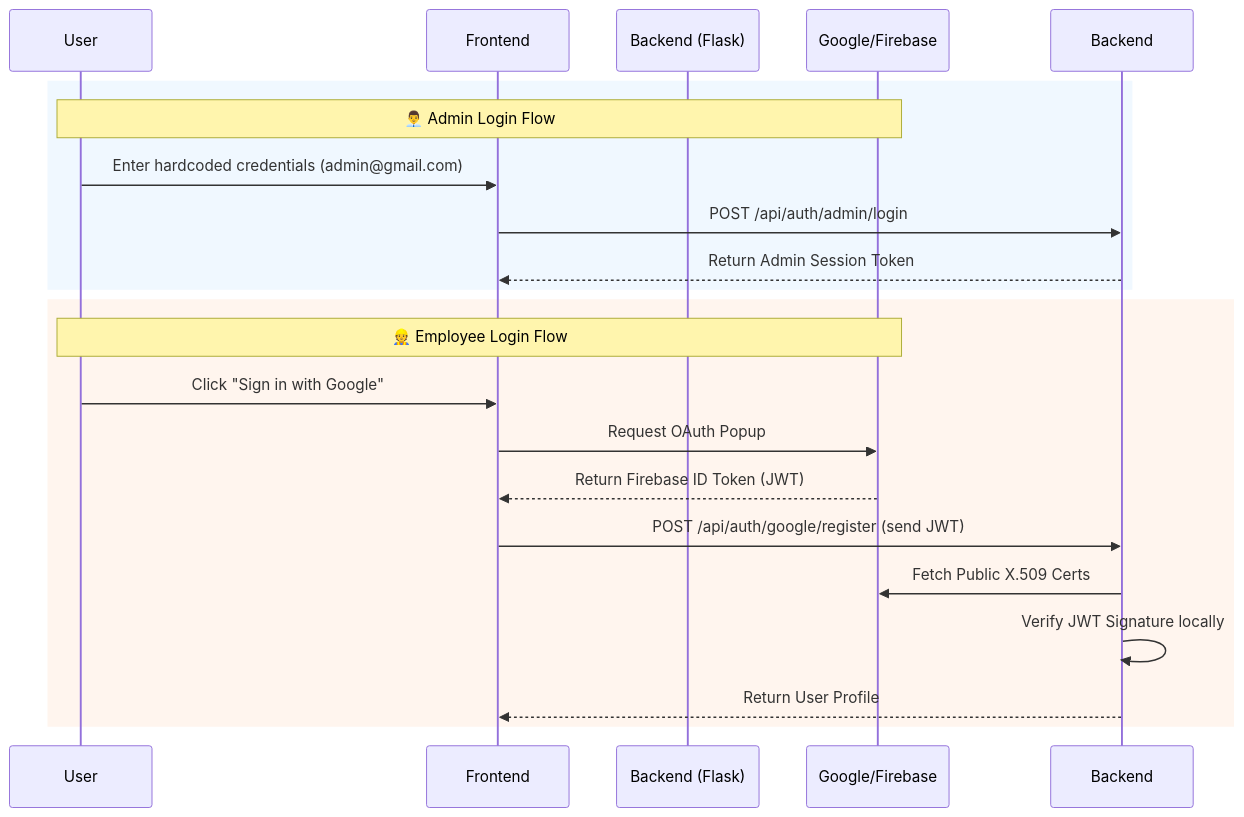
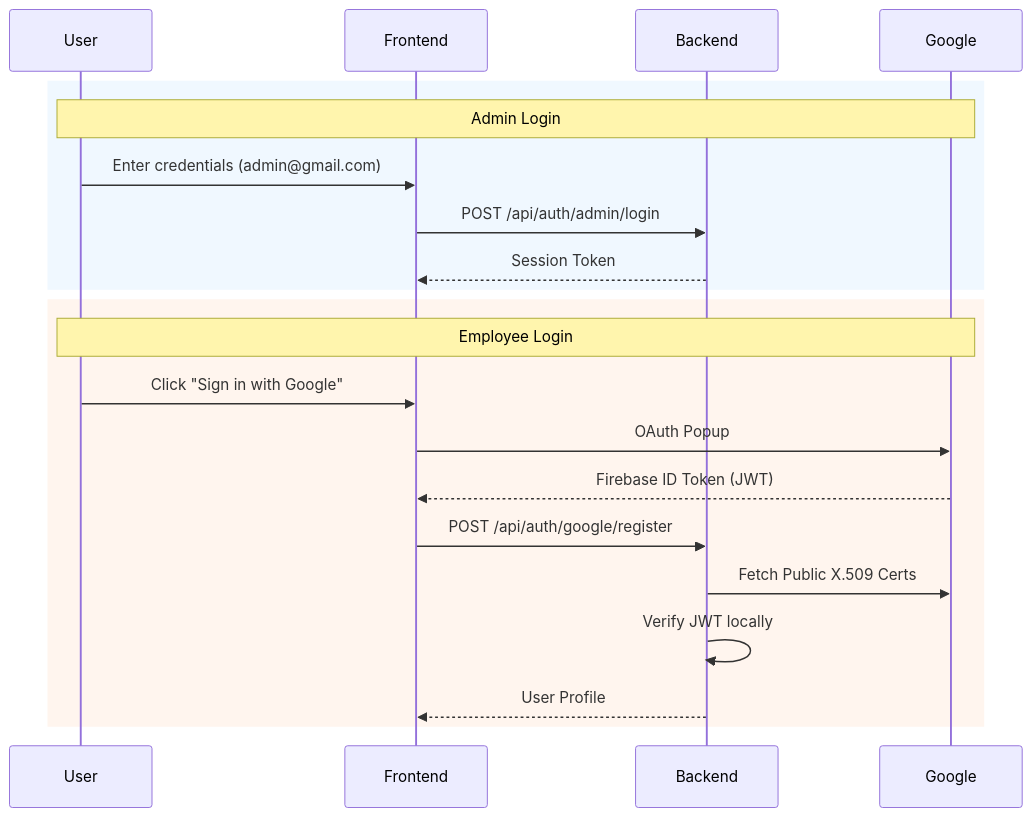
The second of 4 diagrams in README.md (Jax-2207/Task-Manager-Employee-Task-Decision-System-), drawn with Mermaid before and after one commit. The commit also changed other lines of this file and 4 other files, not shown here.

````diff
--- a/README.md
+++ b/README.md
@@ -99,25 +81,25 @@
 ```mermaid
 sequenceDiagram
     participant User
     participant Frontend
-    participant Backend (Flask)
-    participant Google/Firebase
+    participant Backend
+    participant Google
     
     rect rgb(240, 248, 255)
-    Note over User,Google/Firebase: 👨‍💼 Admin Login Flow
-    User->>Frontend: Enter hardcoded credentials (admin@gmail.com)
+    Note over User,Google: Admin Login
+    User->>Frontend: Enter credentials (admin@gmail.com)
     Frontend->>Backend: POST /api/auth/admin/login
-    Backend-->>Frontend: Return Admin Session Token
+    Backend-->>Frontend: Session Token
     end
     
     rect rgb(255, 245, 238)
-    Note over User,Google/Firebase: 👷 Employee Login Flow
+    Note over User,Google: Employee Login
     User->>Frontend: Click "Sign in with Google"
-    Frontend->>Google/Firebase: Request OAuth Popup
-    Google/Firebase-->>Frontend: Return Firebase ID Token (JWT)
-    Frontend->>Backend: POST /api/auth/google/register (send JWT)
-    Backend->>Google/Firebase: Fetch Public X.509 Certs
-    Backend->>Backend: Verify JWT Signature locally
-    Backend-->>Frontend: Return User Profile
+    Frontend->>Google: OAuth Popup
+    Google-->>Frontend: Firebase ID Token (JWT)
+    Frontend->>Backend: POST /api/auth/google/register
+    Backend->>Google: Fetch Public X.509 Certs
+    Backend->>Backend: Verify JWT locally
+    Backend-->>Frontend: User Profile
     end
 ```
````
